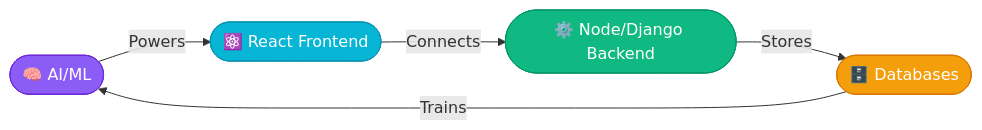
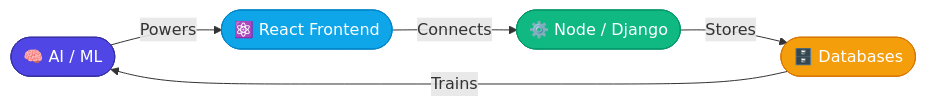
The first of 10 diagrams in README.md (Hamza-Kahloon786/Hamza-Kahloon786), drawn with Mermaid before and after one commit. The commit also changed other lines of this file, not shown here.

````diff
--- a/README.md
+++ b/README.md
@@ -38,11 +38,11 @@
 ```mermaid
 graph LR
-    A([🧠 AI/ML]) -->|Powers| B([⚛️ React Frontend])
-    B -->|Connects| C([⚙️ Node/Django Backend])
+    A([🧠 AI / ML]) -->|Powers| B([⚛️ React Frontend])
+    B -->|Connects| C([⚙️ Node / Django])
     C -->|Stores| D([🗄️ Databases])
     D -->|Trains| A
-    style A fill:#8B5CF6,color:#fff,stroke:#6D28D9
-    style B fill:#06B6D4,color:#fff,stroke:#0891B2
+    style A fill:#4F46E5,color:#fff,stroke:#3730A3
+    style B fill:#0EA5E9,color:#fff,stroke:#0284C7
     style C fill:#10B981,color:#fff,stroke:#059669
     style D fill:#F59E0B,color:#fff,stroke:#D97706
 ```
````
